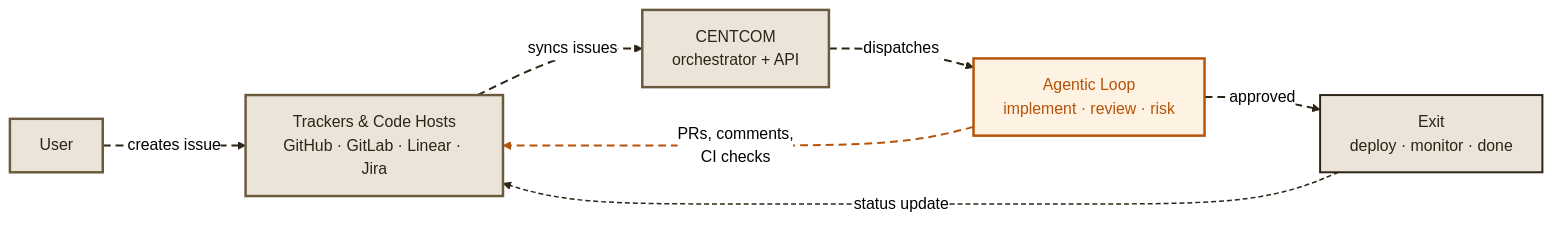
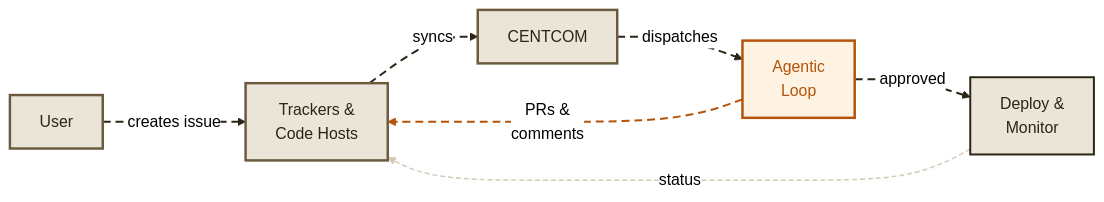
Before and after one commit to dunkinfrunkin/maestro: the first of 5 diagrams in docs/docs/concepts/index.mdx, drawn with Mermaid (neutral theme). The commit also changed other lines of this file and 5 other files, not shown here.

First line of the commit message:
docs: fix diagram text cutoff + add click-to-zoom modal

````diff
--- a/docs/docs/concepts/index.mdx
+++ b/docs/docs/concepts/index.mdx
@@ -15,22 +15,22 @@
 ```mermaid
 graph LR
-  USR["User"] -. "creates issue" .-> EXT["Trackers & Code Hosts<br/>GitHub · GitLab · Linear · Jira"]
-  EXT -. "syncs issues" .-> CC["CENTCOM<br/>orchestrator + API"]
-  CC -. "dispatches" .-> AL["Agentic Loop<br/>implement · review · risk"]
-  AL -. "PRs, comments,<br/>CI checks" .-> EXT
-  AL -. "approved" .-> DP["Exit<br/>deploy · monitor · done"]
-  DP -. "status update" .-> EXT
+  USR["User"] -. "creates issue" .-> EXT["Trackers &<br/>Code Hosts"]
+  EXT -. "syncs" .-> CC["CENTCOM"]
+  CC -. "dispatches" .-> AL["Agentic<br/>Loop"]
+  AL -. "PRs &<br/>comments" .-> EXT
+  AL -. "approved" .-> DP["Deploy &<br/>Monitor"]
+  DP -. "status" .-> EXT
 
   style USR fill:#ebe5d9,stroke:#6b5b3e,stroke-width:2.5px,color:#2c2416
   style EXT fill:#ebe5d9,stroke:#6b5b3e,stroke-width:2.5px,color:#2c2416
   style CC fill:#ebe5d9,stroke:#6b5b3e,stroke-width:2.5px,color:#2c2416
   style AL fill:#fef3e2,stroke:#b45309,stroke-width:2.5px,color:#b45309
   style DP fill:#ebe5d9,stroke:#2c2416,stroke-width:2px,color:#2c2416
 
   linkStyle 0 stroke:#2c2416,stroke-width:2px,stroke-dasharray:8 5
   linkStyle 1 stroke:#2c2416,stroke-width:2px,stroke-dasharray:8 5
   linkStyle 2 stroke:#2c2416,stroke-width:2px,stroke-dasharray:8 5
   linkStyle 3 stroke:#b45309,stroke-width:2px,stroke-dasharray:8 5
   linkStyle 4 stroke:#2c2416,stroke-width:2px,stroke-dasharray:8 5
-  linkStyle 5 stroke:#2c2416,stroke-width:1.5px,stroke-dasharray:5 3
+  linkStyle 5 stroke:#d4cab8,stroke-width:1.5px,stroke-dasharray:5 3
 ```
````
